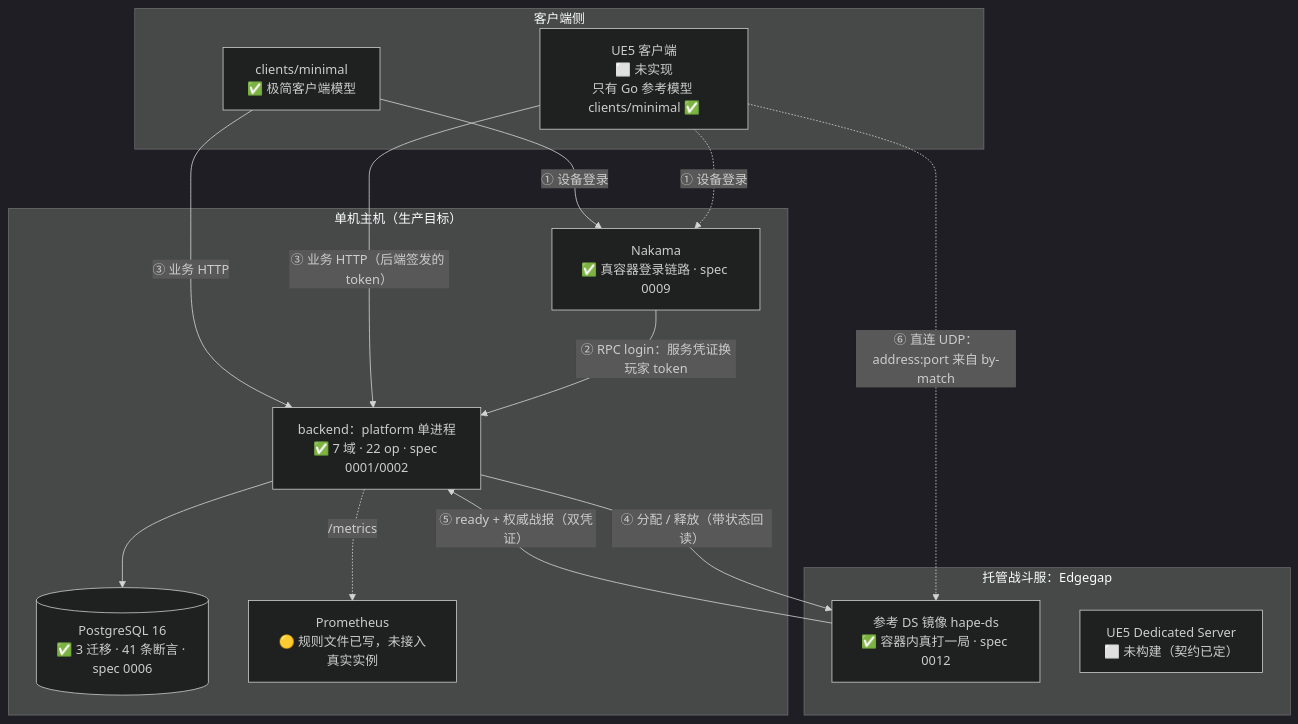
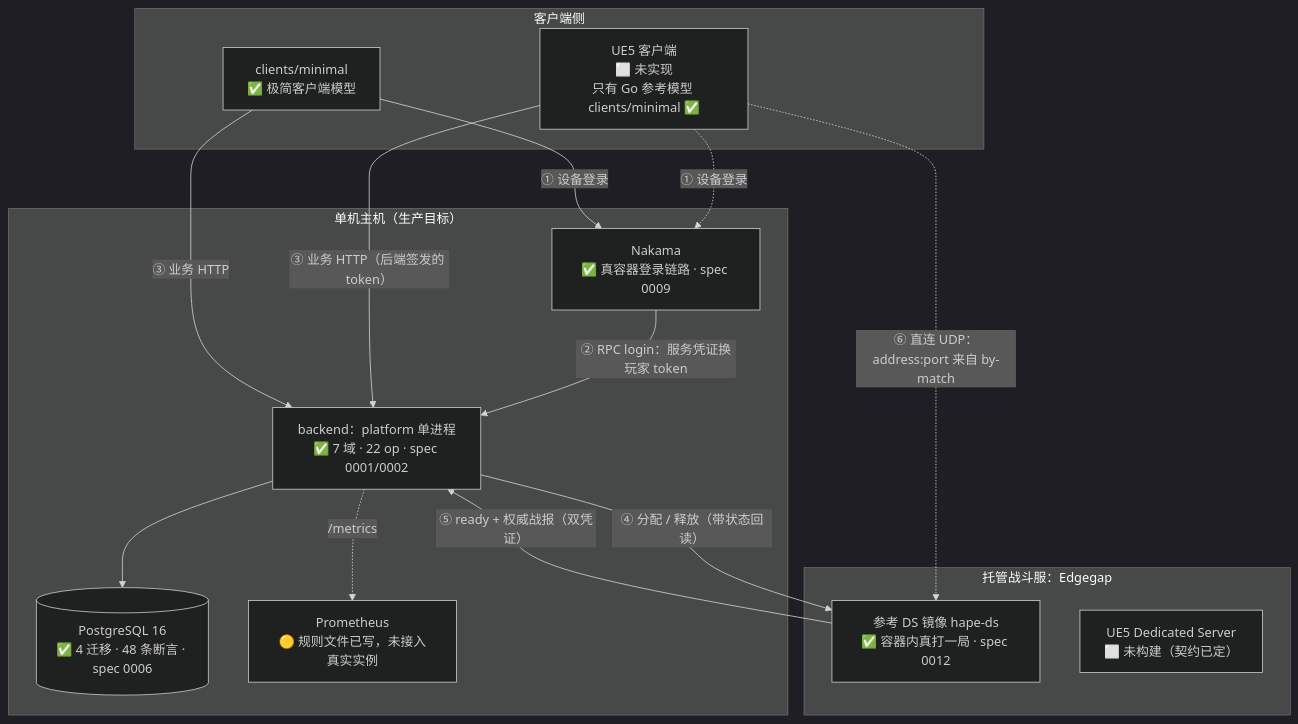
Before and after one commit to CoderYkj/Hape: the first of 4 diagrams in docs/architecture-map.md, drawn with Mermaid (dark theme). The commit also changed other lines of this file and 19 other files, not shown here.

````diff
--- a/docs/architecture-map.md
+++ b/docs/architecture-map.md
@@ -23,30 +23,30 @@
 ```mermaid
 graph TB
   subgraph CLIENT["客户端侧"]
     UE["UE5 客户端<br/>⬜ 未实现<br/>只有 Go 参考模型 clients/minimal ✅"]
     MIN["clients/minimal<br/>✅ 极简客户端模型"]
   end
 
   subgraph HOST["单机主机（生产目标）"]
     NK["Nakama<br/>✅ 真容器登录链路 · spec 0009"]
     BE["backend：platform 单进程<br/>✅ 7 域 · 22 op · spec 0001/0002"]
-    PG[("PostgreSQL 16<br/>✅ 3 迁移 · 41 条断言 · spec 0006")]
+    PG[("PostgreSQL 16<br/>✅ 4 迁移 · 48 条断言 · spec 0006")]
     SM["Prometheus<br/>🟡 规则文件已写，未接入真实实例"]
   end
 
   subgraph VENDOR["托管战斗服：Edgegap"]
     DS["参考 DS 镜像 hape-ds<br/>✅ 容器内真打一局 · spec 0012"]
     UEDS["UE5 Dedicated Server<br/>⬜ 未构建（契约已定）"]
   end
 
   UE -.->|"① 设备登录"| NK
   MIN -->|"① 设备登录"| NK
   NK -->|"② RPC login：服务凭证换玩家 token"| BE
   UE -->|"③ 业务 HTTP（后端签发的 token）"| BE
   MIN -->|"③ 业务 HTTP"| BE
   BE -->|"④ 分配 / 释放（带状态回读）"| DS
   DS -->|"⑤ ready + 权威战报（双凭证）"| BE
   UE -.->|"⑥ 直连 UDP：address:port 来自 by-match"| DS
   BE --> PG
   BE -.->|"/metrics"| SM
 ```
````
